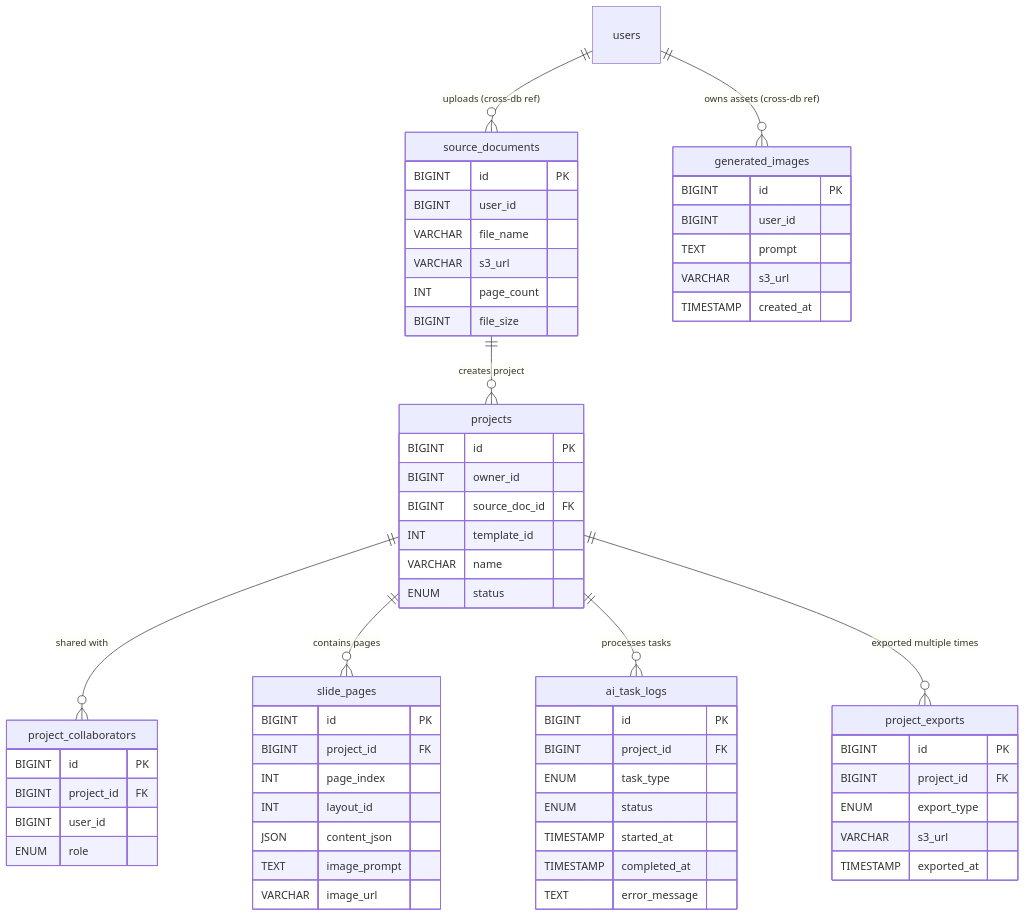
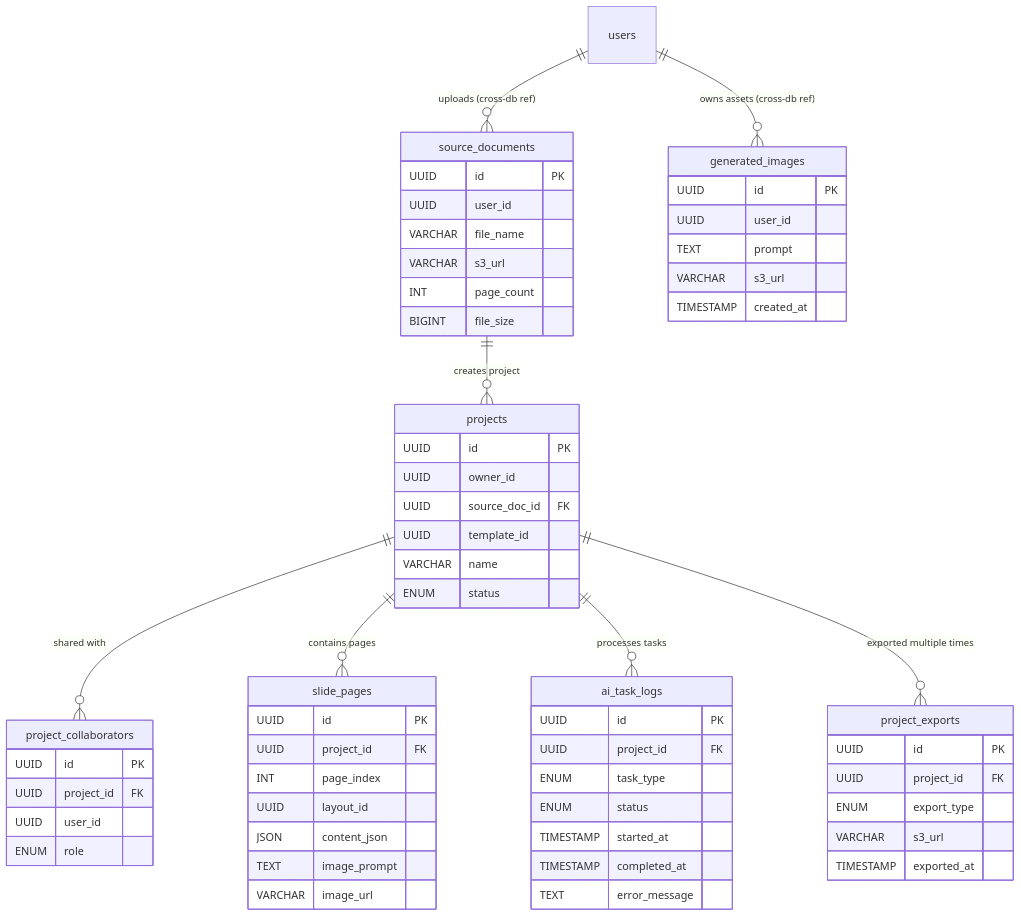
The fifth of 5 diagrams in README.md (ChuNgocThang2704/AI-Slide-Generator), drawn with Mermaid before and after one commit. The commit also changed other lines of this file and 36 other files, not shown here.

````diff
--- a/README.md
+++ b/README.md
@@ -611,65 +611,65 @@
 ```mermaid
 erDiagram
     users ||--o{ source_documents : "uploads (cross-db ref)"
     source_documents ||--o{ projects : "creates project"
     projects ||--o{ project_collaborators : "shared with"
     projects ||--o{ slide_pages : "contains pages"
     projects ||--o{ ai_task_logs : "processes tasks"
     users ||--o{ generated_images : "owns assets (cross-db ref)"
     projects ||--o{ project_exports : "exported multiple times"
 
     source_documents {
-        BIGINT id PK
-        BIGINT user_id
+        UUID id PK
+        UUID user_id
         VARCHAR file_name
         VARCHAR s3_url
         INT page_count
         BIGINT file_size
     }
     projects {
-        BIGINT id PK
-        BIGINT owner_id
-        BIGINT source_doc_id FK
-        INT template_id
+        UUID id PK
+        UUID owner_id
+        UUID source_doc_id FK
+        UUID template_id
         VARCHAR name
         ENUM status
     }
     project_collaborators {
-        BIGINT id PK
-        BIGINT project_id FK
-        BIGINT user_id
+        UUID id PK
+        UUID project_id FK
+        UUID user_id
         ENUM role
     }
     slide_pages {
-        BIGINT id PK
-        BIGINT project_id FK
+        UUID id PK
+        UUID project_id FK
         INT page_index
-        INT layout_id
+        UUID layout_id
         JSON content_json
         TEXT image_prompt
         VARCHAR image_url
     }
     ai_task_logs {
-        BIGINT id PK
-        BIGINT project_id FK
+        UUID id PK
+        UUID project_id FK
         ENUM task_type
         ENUM status
         TIMESTAMP started_at
         TIMESTAMP completed_at
         TEXT error_message
     }
     generated_images {
-        BIGINT id PK
-        BIGINT user_id
+        UUID id PK
+        UUID user_id
         TEXT prompt
         VARCHAR s3_url
         TIMESTAMP created_at
     }
     project_exports {
-        BIGINT id PK
-        BIGINT project_id FK
+        UUID id PK
+        UUID project_id FK
         ENUM export_type
         VARCHAR s3_url
         TIMESTAMP exported_at
     }
 ```
````
